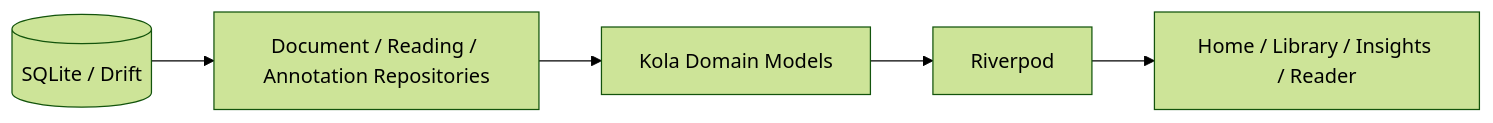
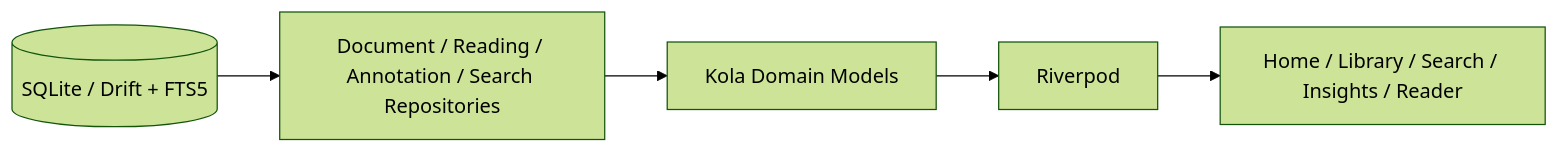
One commit to aaditya140103/kola changed the tenth of 13 diagrams in docs/PROJECT_GRAPH.md. Above: the diagram before and after it, drawn with Mermaid (forest theme). The commit also changed other lines of this file, not shown here.

Commit message:
Add persistent local search data flow

````diff
--- a/docs/PROJECT_GRAPH.md
+++ b/docs/PROJECT_GRAPH.md
@@ -153,5 +181,5 @@
 ```mermaid
 flowchart LR
-    DB[(SQLite / Drift)] --> Repos[Document / Reading / Annotation Repositories]
-    Repos --> Models[Kola Domain Models] --> Providers[Riverpod] --> UI[Home / Library / Insights / Reader]
+    DB[(SQLite / Drift + FTS5)] --> Repos[Document / Reading / Annotation / Search Repositories]
+    Repos --> Models[Kola Domain Models] --> Providers[Riverpod] --> UI[Home / Library / Search / Insights / Reader]
 ```
````
